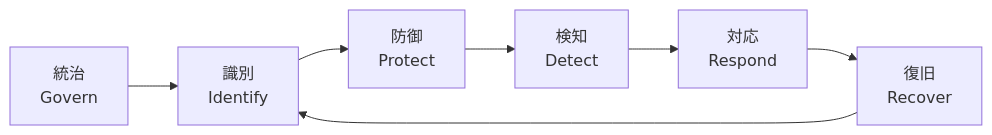
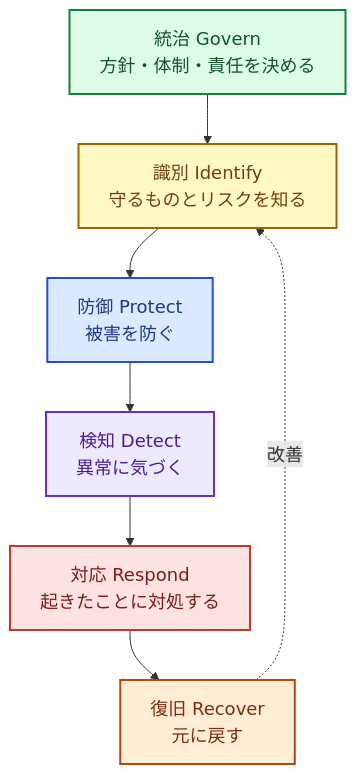
One commit to rkawajiri/zenn-content changed the diagram in books/security-roadmap-ja/16-basics.md. Above: the diagram before and after it, drawn with Mermaid. The commit also changed 9 other files, not shown here.

First line of the commit message:
redraw diagrams vertically with larger text and a consistent color palette; split tool-map and final-state diagrams

````diff
--- a/books/security-roadmap-ja/16-basics.md
+++ b/books/security-roadmap-ja/16-basics.md
@@ -41,9 +41,18 @@
 ```mermaid
-flowchart LR
-  GV[統治<br>Govern] --> ID[識別<br>Identify]
-  ID --> PR[防御<br>Protect]
-  PR --> DE[検知<br>Detect]
-  DE --> RS[対応<br>Respond]
-  RS --> RC[復旧<br>Recover]
-  RC --> ID
+%%{init: {"themeVariables": {"fontSize": "18px"}, "flowchart": {"wrappingWidth": 400}}}%%
+flowchart TB
+  GV["統治 Govern<br>方針・体制・責任を決める"]:::gov
+  ID["識別 Identify<br>守るものとリスクを知る"]:::q
+  PR["防御 Protect<br>被害を防ぐ"]:::dev
+  DE["検知 Detect<br>異常に気づく"]:::ops
+  RS["対応 Respond<br>起きたことに対処する"]:::red
+  RC["復旧 Recover<br>元に戻す"]:::cloud
+  GV --> ID --> PR --> DE --> RS --> RC
+  RC -.改善.-> ID
+  classDef gov fill:#dcfce7,stroke:#15803d,color:#14532d,stroke-width:2px
+  classDef q fill:#fef9c3,stroke:#a16207,color:#713f12,stroke-width:2px
+  classDef dev fill:#dbeafe,stroke:#1d4ed8,color:#1e3a8a,stroke-width:2px
+  classDef ops fill:#ede9fe,stroke:#6d28d9,color:#4c1d95,stroke-width:2px
+  classDef red fill:#fde2e2,stroke:#c0392b,color:#7b1d1d,stroke-width:2px
+  classDef cloud fill:#ffedd5,stroke:#c2410c,color:#7c2d12,stroke-width:2px
 ```
````
